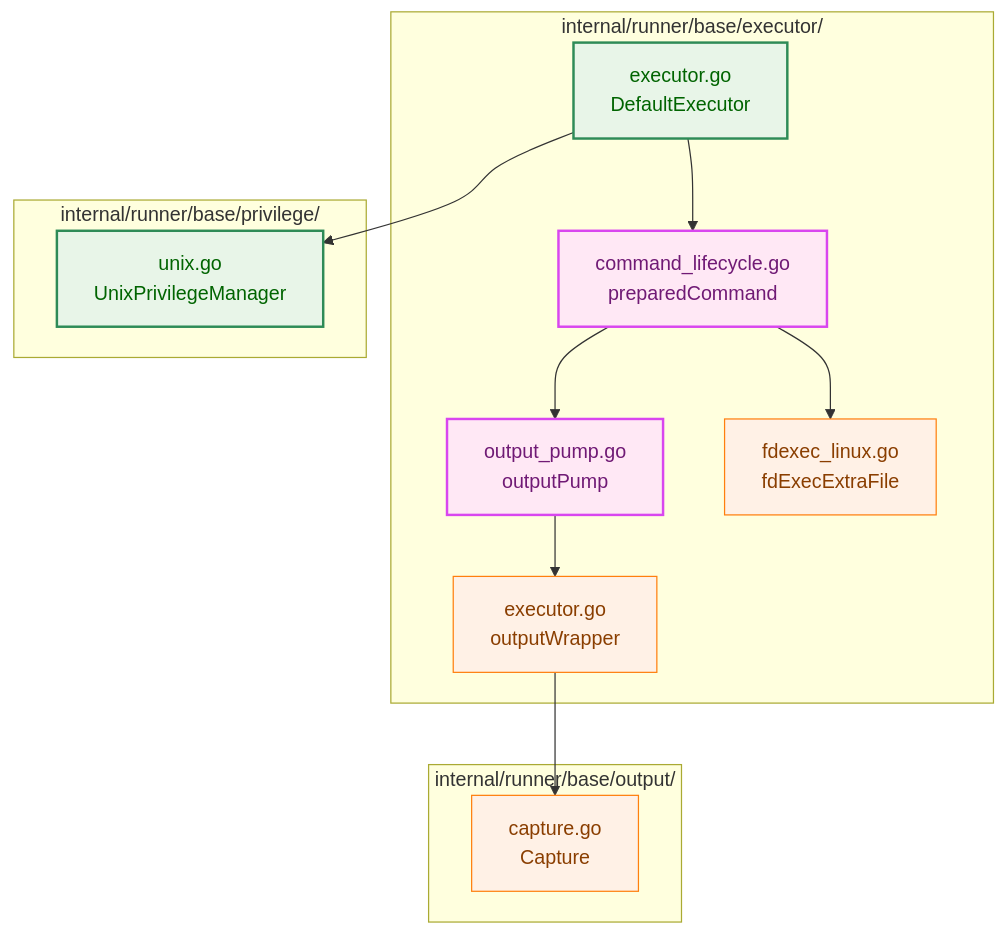
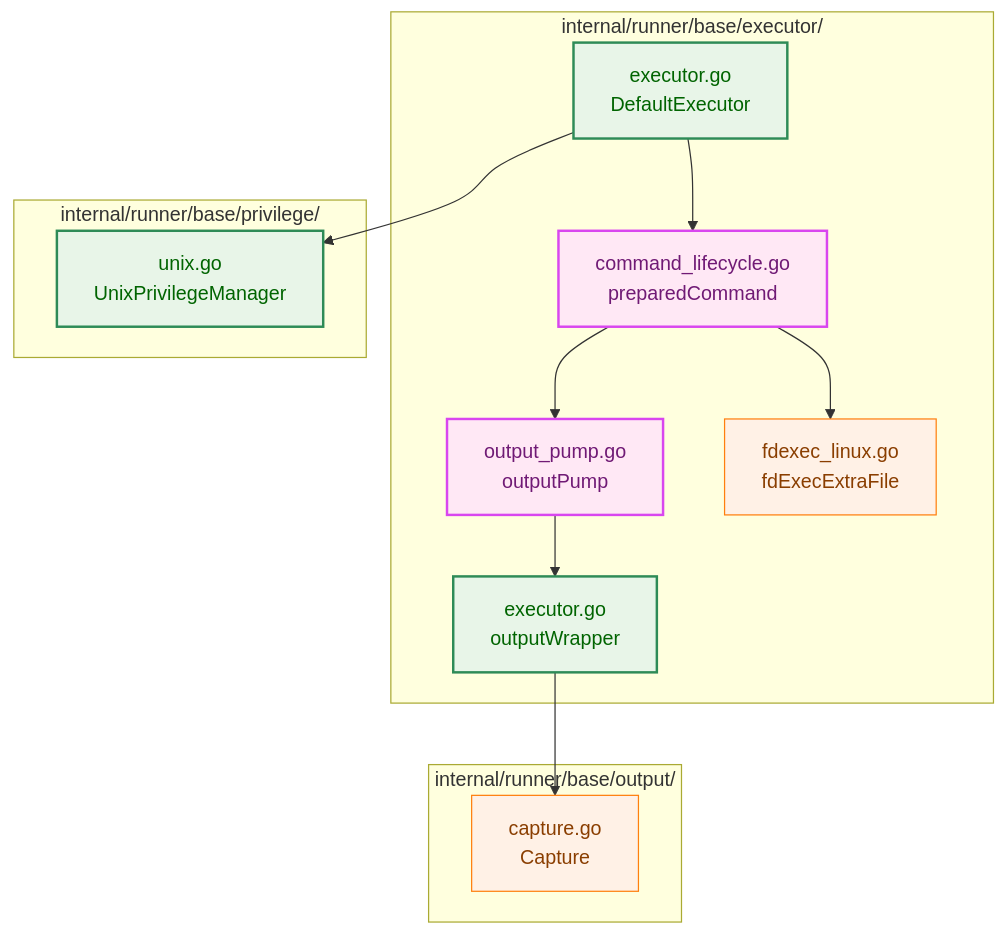
The fifth of 13 diagrams in docs/tasks/0171_privilege_gap_narrowing/02_architecture.md (isseis/go-safe-cmd-runner), drawn with Mermaid before and after one commit. The commit also changed other lines of this file, not shown here.

First line of the commit message:
docs(0171): fix design defects found in architecture review

````diff
--- a/docs/tasks/0171_privilege_gap_narrowing/02_architecture.md
+++ b/docs/tasks/0171_privilege_gap_narrowing/02_architecture.md
@@ -250,33 +250,33 @@
 ```mermaid
 graph TB
     classDef process fill:#fff1e6,stroke:#ff7f0e,stroke-width:1px,color:#8a3e00;
     classDef enhanced fill:#e8f5e8,stroke:#2e8b57,stroke-width:2px,color:#006400;
     classDef newpkg fill:#ffe8f5,stroke:#d946ef,stroke-width:2px,color:#701a75;
 
     subgraph pkg_exec ["internal/runner/base/executor/"]
         E1["executor.go<br>DefaultExecutor"]
         E2["output_pump.go<br>outputPump"]
         E3["command_lifecycle.go<br>preparedCommand"]
         E4["executor.go<br>outputWrapper"]
         E5["fdexec_linux.go<br>fdExecExtraFile"]
     end
 
     subgraph pkg_priv ["internal/runner/base/privilege/"]
         P1["unix.go<br>UnixPrivilegeManager"]
     end
 
     subgraph pkg_out ["internal/runner/base/output/"]
         O1["capture.go<br>Capture"]
     end
 
     E1 --> E3
     E1 --> P1
     E3 --> E2
     E3 --> E5
     E2 --> E4
     E4 --> O1
 
-    class E1,P1 enhanced
+    class E1,E4,P1 enhanced
     class E2,E3 newpkg
-    class E4,E5,O1 process
+    class E5,O1 process
 ```
````
